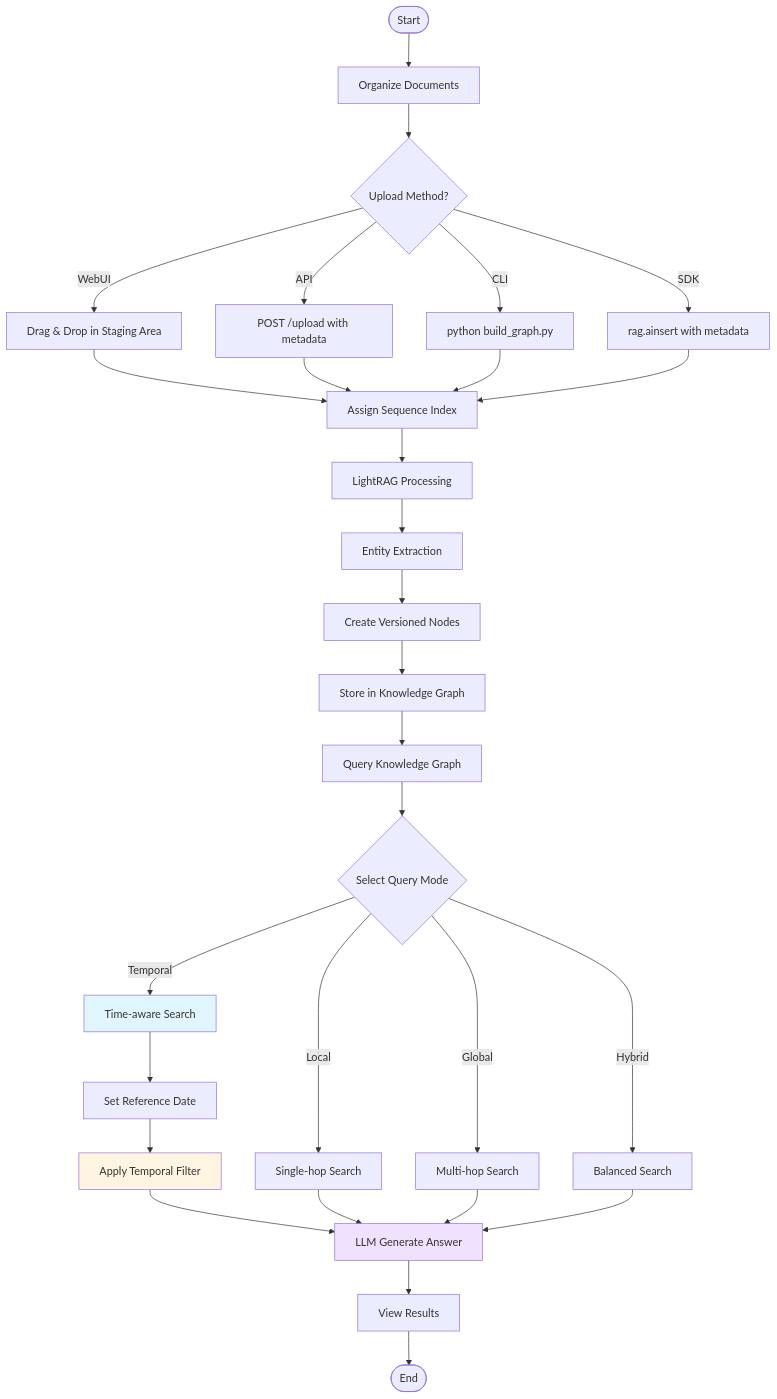
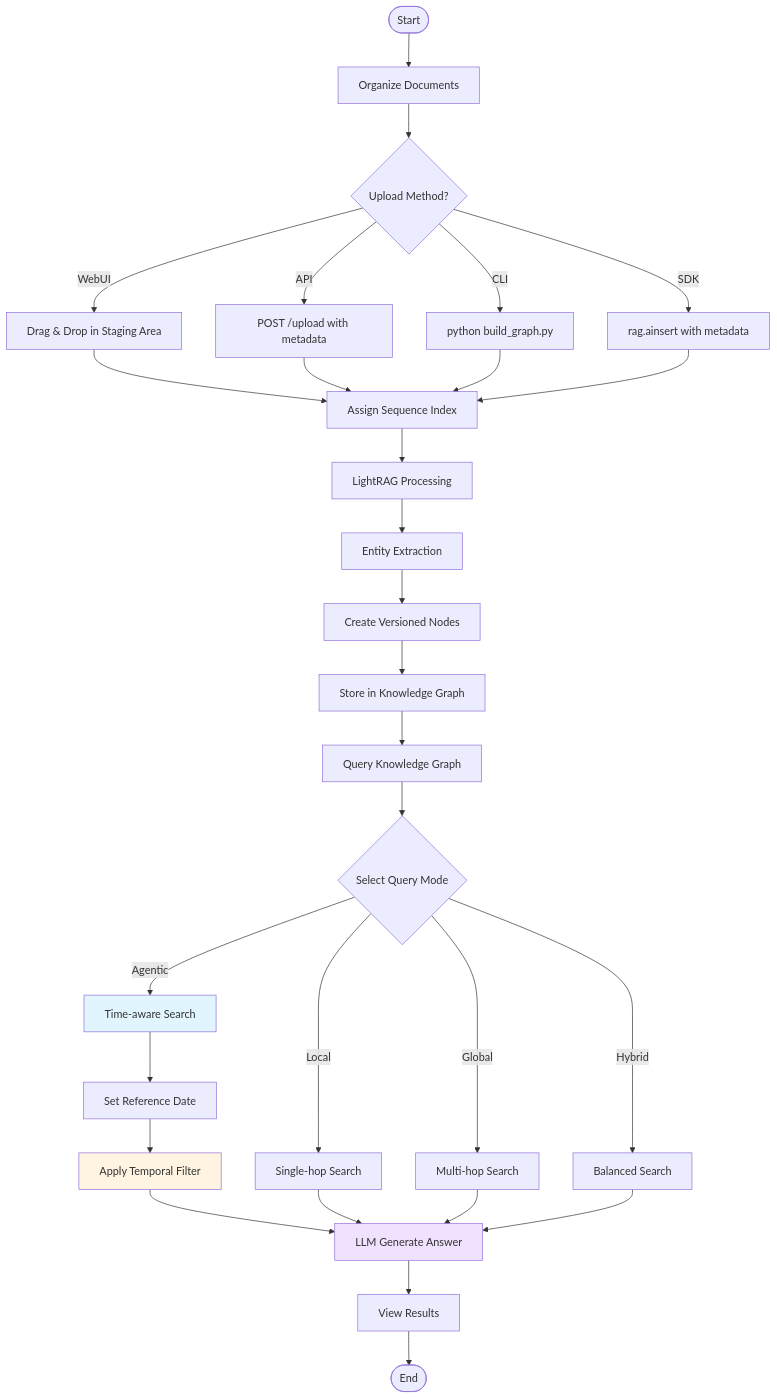
One commit to parthpatel643/LightRAG changed the diagram in docs/USER_GUIDE.md. Above: the diagram before and after it, drawn with Mermaid. The commit also changed other lines of this file and 60 other files, not shown here.

````diff
--- a/docs/USER_GUIDE.md
+++ b/docs/USER_GUIDE.md
@@ -11,43 +11,43 @@
 ```mermaid
 flowchart TD
     Start([Start]) --> Prepare[Organize Documents]
     Prepare --> Upload{Upload Method?}
     
     Upload -->|WebUI| WebUpload[Drag & Drop in Staging Area]
     Upload -->|API| APIUpload[POST /upload with metadata]
     Upload -->|CLI| CLIUpload[python build_graph.py]
     Upload -->|SDK| SDKUpload[rag.ainsert with metadata]
     
     WebUpload --> Sequence[Assign Sequence Index]
     APIUpload --> Sequence
     CLIUpload --> Sequence
     SDKUpload --> Sequence
     
     Sequence --> Process[LightRAG Processing]
     Process --> Extract[Entity Extraction]
     Extract --> Version[Create Versioned Nodes]
     Version --> Store[Store in Knowledge Graph]
     
     Store --> Query[Query Knowledge Graph]
     Query --> Mode{Select Query Mode}
     
     Mode -->|Local| LocalQuery[Single-hop Search]
     Mode -->|Global| GlobalQuery[Multi-hop Search]
     Mode -->|Hybrid| HybridQuery[Balanced Search]
-    Mode -->|Temporal| TemporalQuery[Time-aware Search]
-    
+    Mode -->|Agentic| TemporalQuery[Time-aware Search]
+
     TemporalQuery --> SetDate[Set Reference Date]
     SetDate --> Filter[Apply Temporal Filter]
     Filter --> Generate[LLM Generate Answer]
     
     LocalQuery --> Generate
     GlobalQuery --> Generate
     HybridQuery --> Generate
     
     Generate --> Result[View Results]
     Result --> End([End])
     
     style TemporalQuery fill:#e1f5ff
     style Filter fill:#fff4e1
     style Generate fill:#f0e1ff
 ```
````
